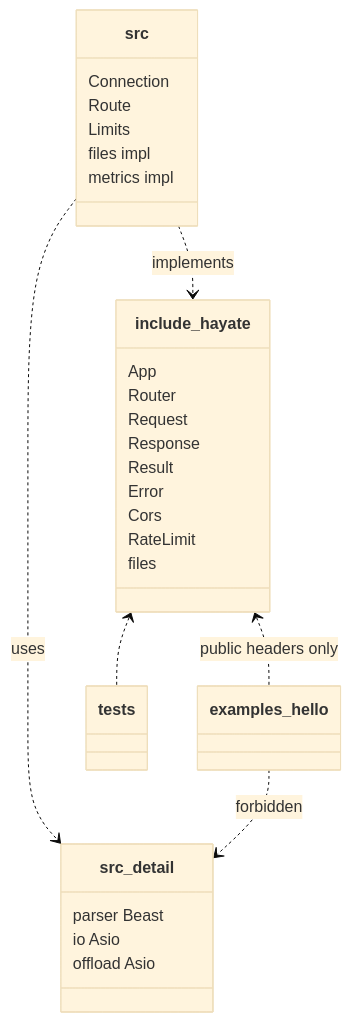
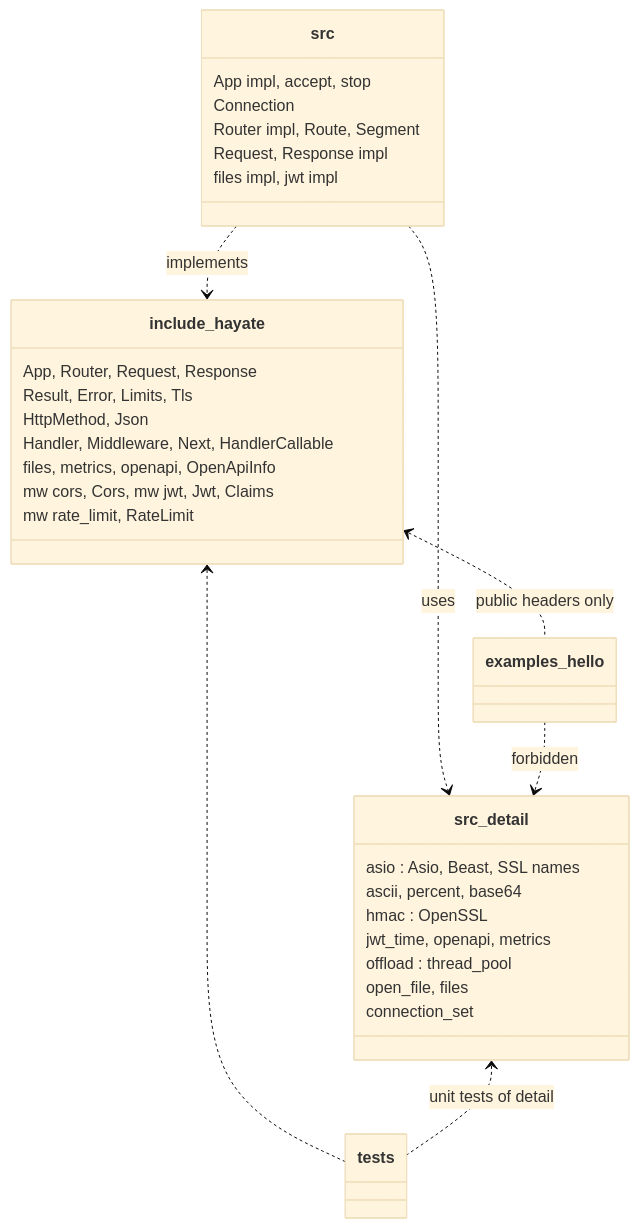
The second of 4 diagrams in docs/UML.md (SilentMalachite/Hayate), drawn with Mermaid (base theme) before and after one commit. The commit also changed other lines of this file and 1 other file, not shown here.

First line of the commit message:
docs: bring UML and ER in line with the code and the accepted Phase 3

````diff
--- a/docs/UML.md
+++ b/docs/UML.md
@@ -206,34 +271,37 @@
 ```mermaid
 classDiagram
     class include_hayate {
-        App
-        Router
-        Request
-        Response
-        Result
-        Error
-        Cors
-        RateLimit
-        files
+        App, Router, Request, Response
+        Result, Error, Limits, Tls
+        HttpMethod, Json
+        Handler, Middleware, Next, HandlerCallable
+        files, metrics, openapi, OpenApiInfo
+        mw cors, Cors, mw jwt, Jwt, Claims
+        mw rate_limit, RateLimit
     }
     class src {
+        App impl, accept, stop
         Connection
-        Route
-        Limits
-        files impl
-        metrics impl
+        Router impl, Route, Segment
+        Request, Response impl
+        files impl, jwt impl
     }
     class src_detail {
-        parser Beast
-        io Asio
-        offload Asio
+        asio : Asio, Beast, SSL names
+        ascii, percent, base64
+        hmac : OpenSSL
+        jwt_time, openapi, metrics
+        offload : thread_pool
+        open_file, files
+        connection_set
     }
     class examples_hello
     class tests
 
     include_hayate <.. examples_hello : public headers only
     include_hayate <.. tests
+    src_detail <.. tests : unit tests of detail
     src ..> include_hayate : implements
     src ..> src_detail : uses
     examples_hello ..> src_detail : forbidden
 ```
````
